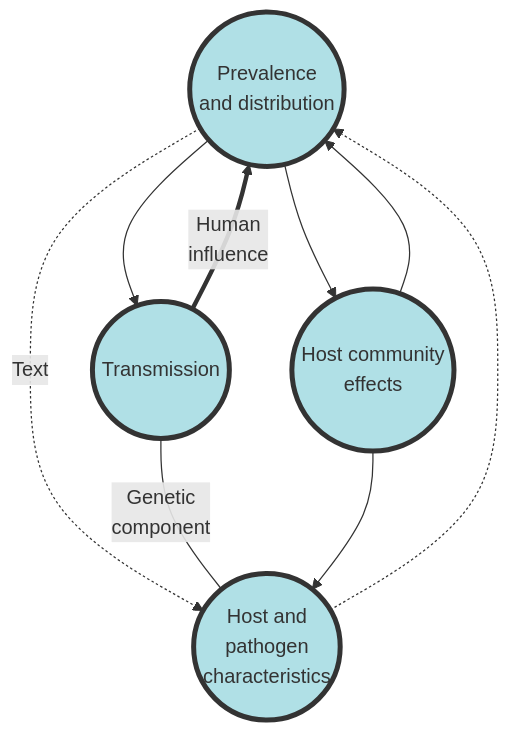
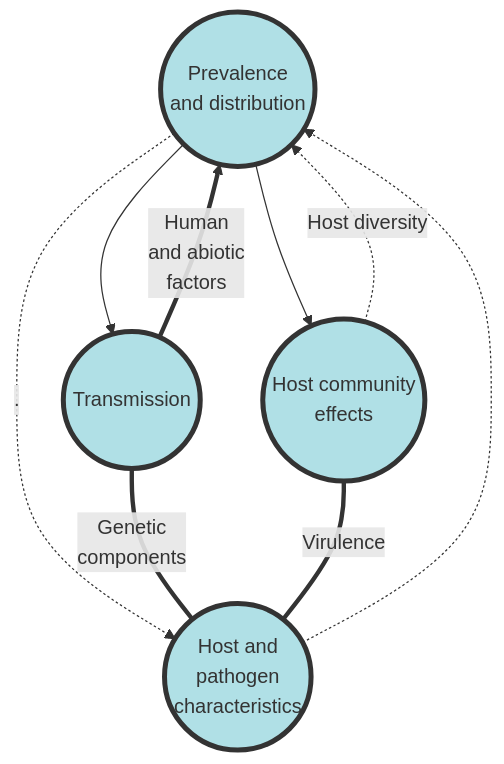
The diagram in Lauren/Prep Materials/Dissertation_PathDiagram.md (lvash/Comprehensive_Exam_Prep), drawn with Mermaid before and after one commit. The commit also changed 4 other files, not shown here.

````diff
--- a/Lauren/Prep Materials/Dissertation_PathDiagram.md
+++ b/Lauren/Prep Materials/Dissertation_PathDiagram.md
@@ -1,21 +1,20 @@
 ```mermaid
 graph TD
 	%%E{soil} -> A
 	A((Prevalence <br/> and distribution)) -->B((Transmission))
-	A -.-> |Text| D((Host and <br/> pathogen <br/> characteristics))
+	A -.-> |.| D((Host and <br/> pathogen <br/> characteristics))
 	A --> C((Host community <br/> effects))
-	B ==> |Human <br/> influence| A
-	B --- |Genetic <br/> component| D
-	C --> A
-	C --> D
+	B ==> |Human <br/> and abiotic <br/> factors| A
+	B === |Genetic <br/> components| D
+	C -.-> |Host diversity| A
+	C === |Virulence| D
 	D -.-> A
 	
     style A fill:#B0E0E6,stroke:#333,stroke-width:4px;
     style B fill:#B0E0E6,stroke:#333,stroke-width:4px;
     style C fill:#B0E0E6,stroke:#333,stroke-width:4px;
     style D fill:#B0E0E6,stroke:#333,stroke-width:4px;
     %%style B fill:#ccf,stroke:#f66,stroke-width:2px,stroke-dasharray: 5, 5;
     
     
-
 ```
````
